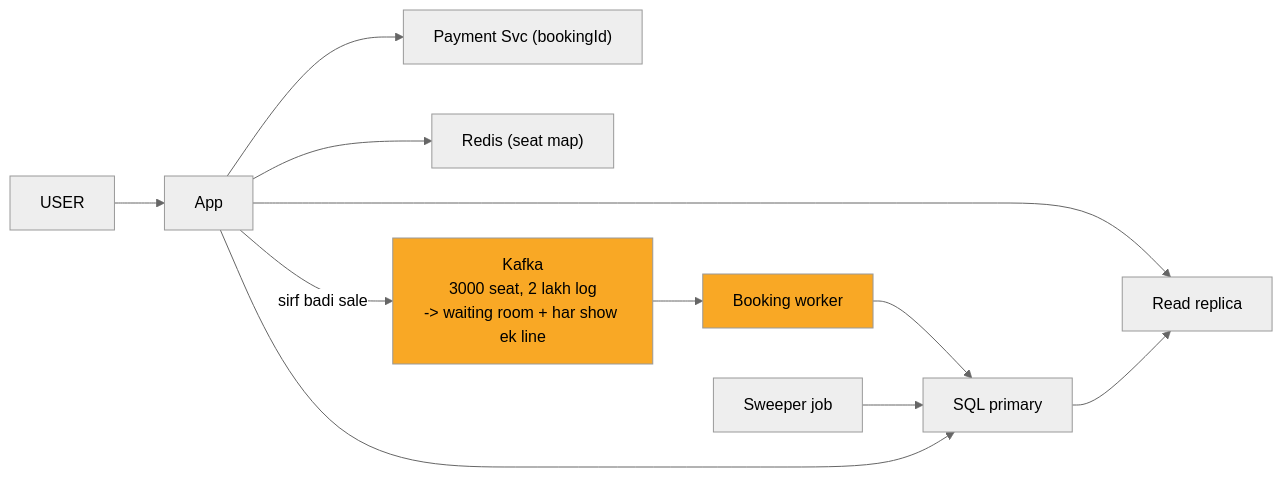
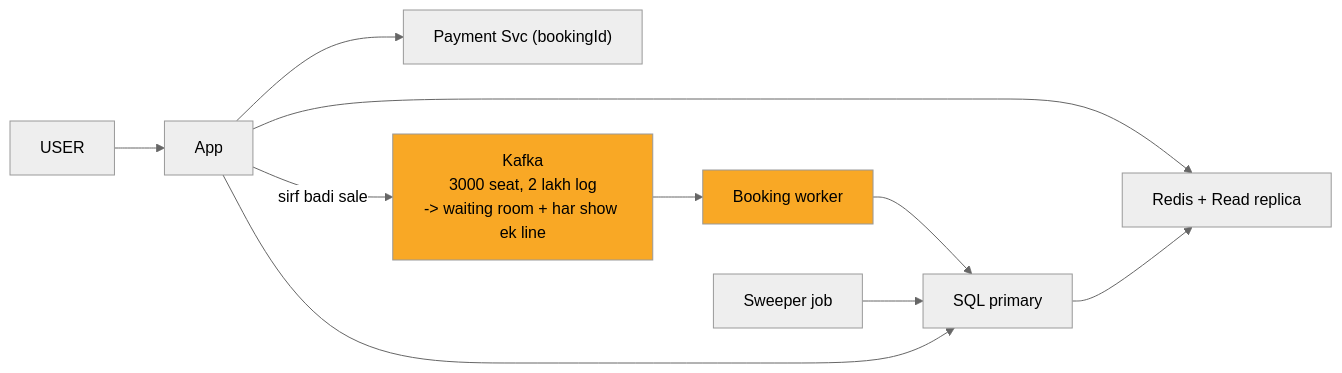
One commit to ArpanMaheshwari144/Prep changed the sixth of 9 diagrams in 04_HLD/SYSTEM_DESIGNS/09_bookmyshow/09_bookmyshow_INTERVIEW.md. Above: the diagram before and after it, drawn with Mermaid (neutral theme). The commit also changed other lines of this file and 11 other files, not shown here.

Commit message:
hld: card diagrams max 8 boxes (App x N, merged stores/chains; full diagram only in AAKHRI DABBA)

````diff
--- a/04_HLD/SYSTEM_DESIGNS/09_bookmyshow/09_bookmyshow_INTERVIEW.md
+++ b/04_HLD/SYSTEM_DESIGNS/09_bookmyshow/09_bookmyshow_INTERVIEW.md
@@ -208,24 +208,22 @@
 ```mermaid
 flowchart LR
     n_USER["USER"]
     n_App["App"]
     n_Payment_Svc["Payment Svc (bookingId)"]
-    n_Redis["Redis (seat map)"]
-    n_Read_replica["Read replica"]
+    n_RRR["Redis + Read replica"]
     n_Kafka["Kafka<br/>3000 seat, 2 lakh log<br/>-> waiting room + har show ek line"]
     n_Booking_worker["Booking worker"]
     n_SQL_primary["SQL primary"]
     n_Sweeper_job["Sweeper job"]
     n_USER --> n_App
     n_App --> n_Payment_Svc
-    n_App --> n_Redis
-    n_App --> n_Read_replica
-    n_App -->|sirf badi sale| n_Kafka
+    n_App --> n_RRR
+    n_App --> |sirf badi sale| n_Kafka
     n_Kafka --> n_Booking_worker
     n_Booking_worker --> n_SQL_primary
     n_Sweeper_job --> n_SQL_primary
     n_App --> n_SQL_primary
-    n_SQL_primary --> n_Read_replica
+    n_SQL_primary --> n_RRR
     style n_Kafka fill:#f9a825,color:#000
     style n_Booking_worker fill:#f9a825,color:#000
 ```
````
